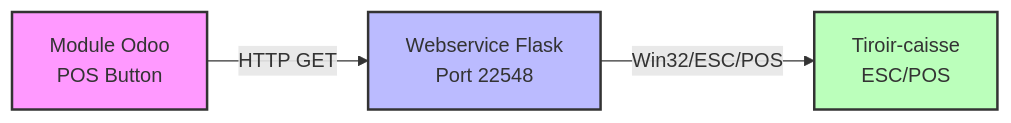
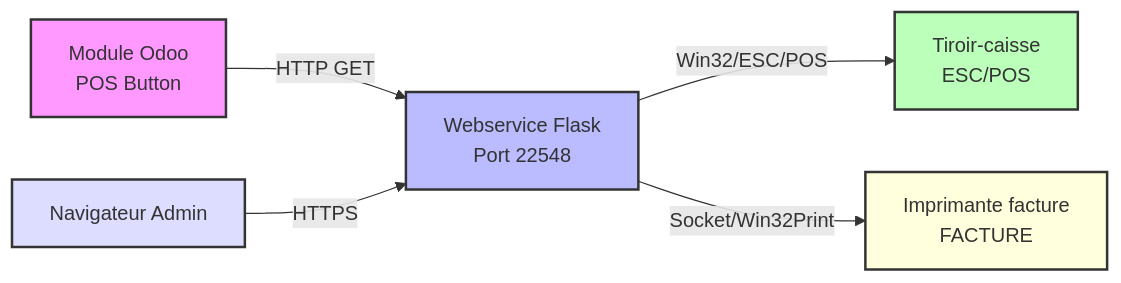
The third of 4 diagrams in SPECS.md (SICALAIT/odoo_pos_cashdrawer_webservice), drawn with Mermaid before and after one commit. The commit also changed other lines of this file and 1 other file, not shown here.

````diff
--- a/SPECS.md
+++ b/SPECS.md
@@ -99,9 +137,13 @@
 ```mermaid
 flowchart LR
     A[Module Odoo<br>POS Button] -->|HTTP GET| B[Webservice Flask<br>Port 22548]
     B -->|Win32/ESC/POS| C[Tiroir-caisse<br>ESC/POS]
+    D[Navigateur Admin] -->|HTTPS| B
+    B -->|Socket/Win32Print| E[Imprimante facture<br>FACTURE]
     
     style A fill:#f9f,stroke:#333,stroke-width:2px
     style B fill:#bbf,stroke:#333,stroke-width:2px
     style C fill:#bfb,stroke:#333,stroke-width:2px
+    style D fill:#ddf,stroke:#333,stroke-width:2px
+    style E fill:#ffd,stroke:#333,stroke-width:2px
 ```
````
